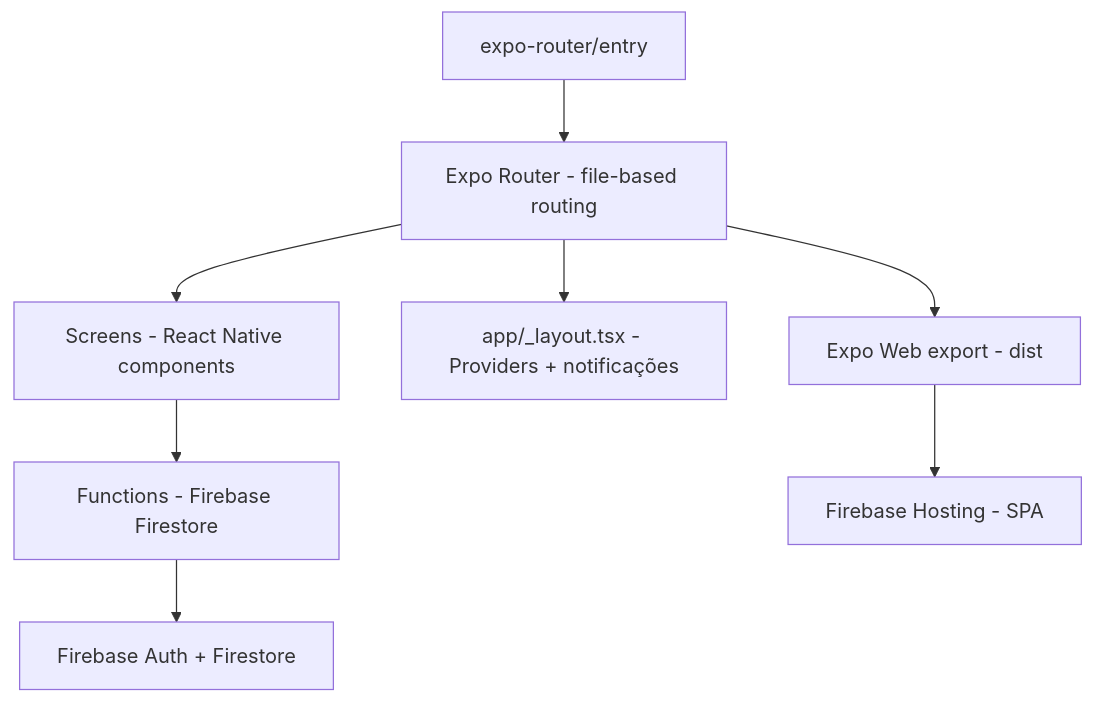
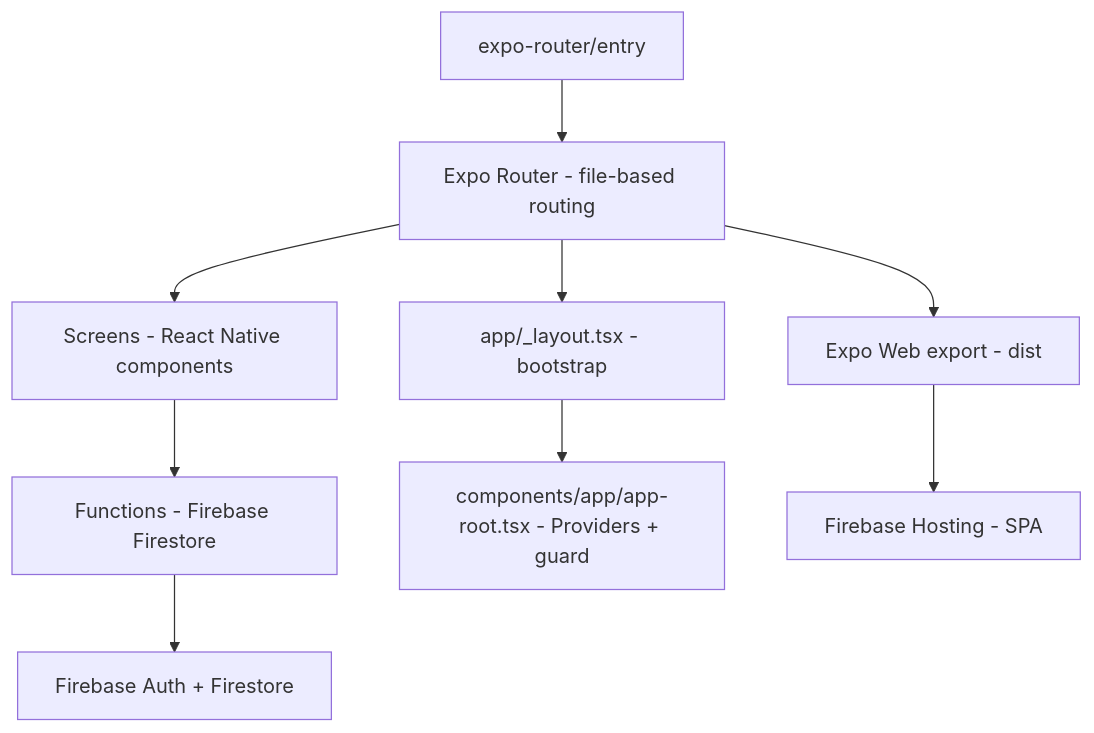
One commit to gabrielmazz/finances-app changed the first of 3 diagrams in Arquitetura/MOC - Lumus Finanças.md. Above: the diagram before and after it, drawn with Mermaid. The commit also changed other lines of this file and 59 other files, not shown here.

````diff
--- a/Arquitetura/MOC - Lumus Finanças.md
+++ b/Arquitetura/MOC - Lumus Finanças.md
@@ -18,10 +18,11 @@
 ```mermaid
 graph TD
     A[Expo Router - file-based routing] --> B[Screens - React Native components]
     B --> C[Functions - Firebase Firestore]
     C --> D[Firebase Auth + Firestore]
     E[expo-router/entry] --> A
-    A --> F[app/_layout.tsx - Providers + notificações]
+    A --> F[app/_layout.tsx - bootstrap]
+    F --> G[components/app/app-root.tsx - Providers + guard]
     A --> W[Expo Web export - dist]
     W --> H[Firebase Hosting - SPA]
 ```
````
